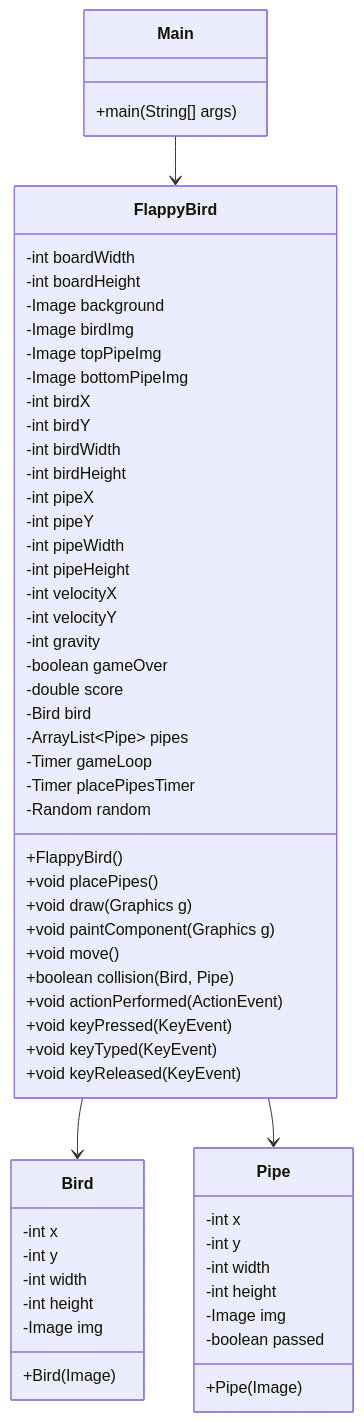
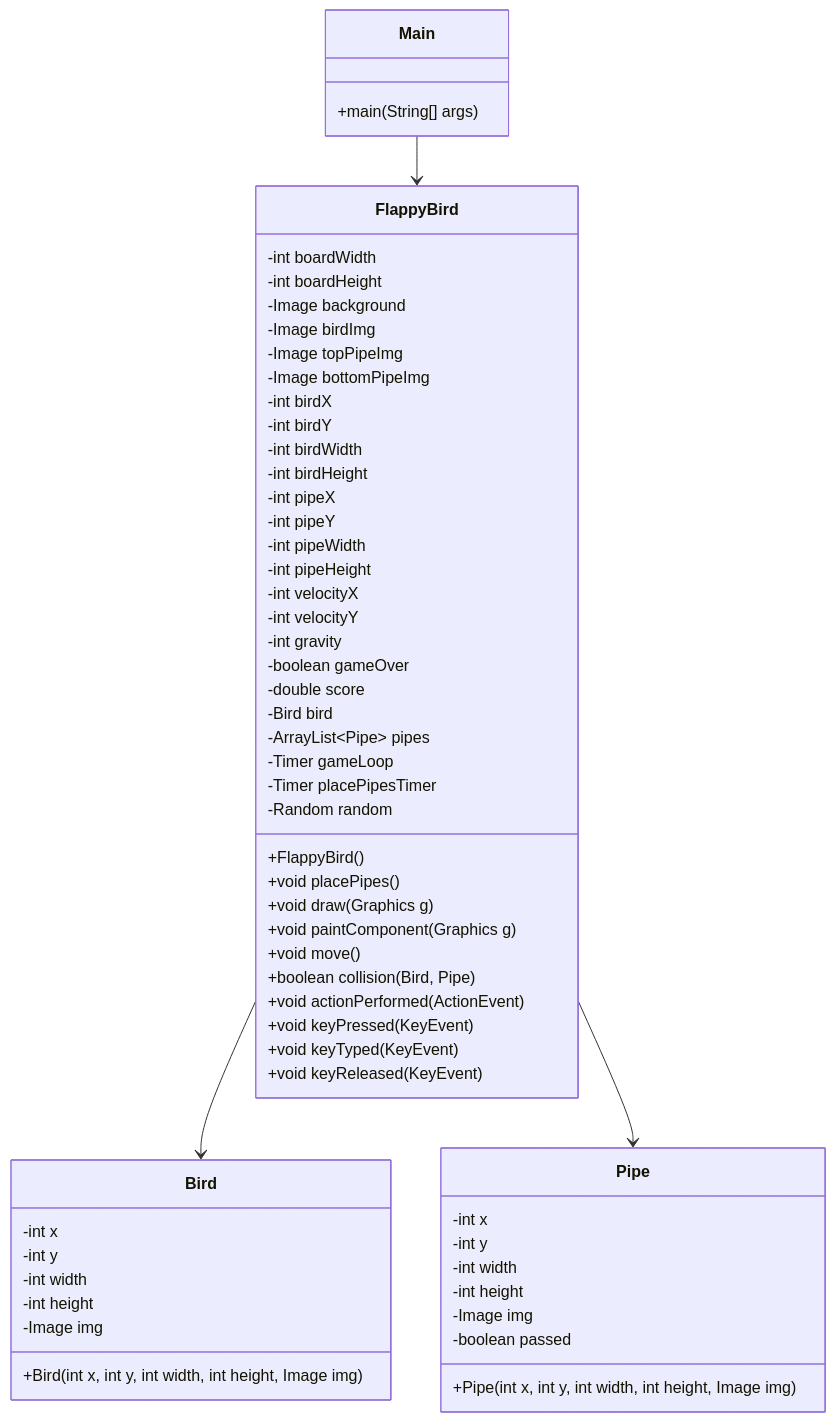
The diagram in README.md (nazmul11011/Flappy-Bird), drawn with Mermaid before and after one commit. The commit also changed other lines of this file, not shown here.

````diff
--- a/README.md
+++ b/README.md
@@ -36,66 +38,66 @@
 ```mermaid
 classDiagram
     class Main {
         +main(String[] args)
     }
 
     class FlappyBird {
         -int boardWidth
         -int boardHeight
         -Image background
         -Image birdImg
         -Image topPipeImg
         -Image bottomPipeImg
         -int birdX
         -int birdY
         -int birdWidth
         -int birdHeight
         -int pipeX
         -int pipeY
         -int pipeWidth
         -int pipeHeight
         -int velocityX
         -int velocityY
         -int gravity
         -boolean gameOver
         -double score
         -Bird bird
         -ArrayList~Pipe~ pipes
         -Timer gameLoop
         -Timer placePipesTimer
         -Random random
         +FlappyBird()
         +void placePipes()
         +void draw(Graphics g)
         +void paintComponent(Graphics g)
         +void move()
         +boolean collision(Bird, Pipe)
         +void actionPerformed(ActionEvent)
         +void keyPressed(KeyEvent)
         +void keyTyped(KeyEvent)
         +void keyReleased(KeyEvent)
     }
 
     class Bird {
         -int x
         -int y
         -int width
         -int height
         -Image img
-        +Bird(Image)
+        +Bird(int x, int y, int width, int height, Image img)
     }
 
     class Pipe {
         -int x
         -int y
         -int width
         -int height
         -Image img
         -boolean passed
-        +Pipe(Image)
+        +Pipe(int x, int y, int width, int height, Image img)
     }
 
     Main --> FlappyBird
     FlappyBird --> Bird
     FlappyBird --> Pipe
 ```
````
